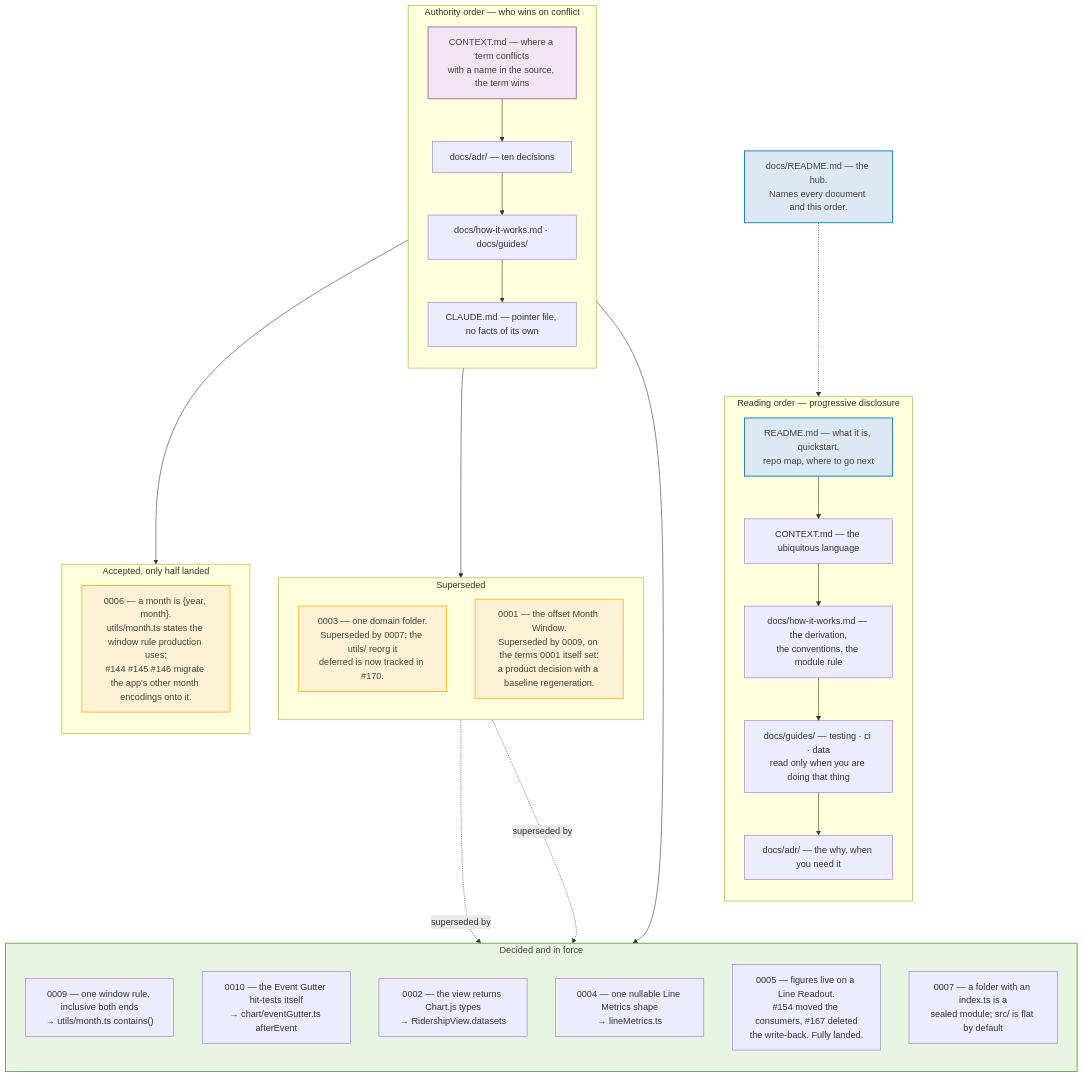
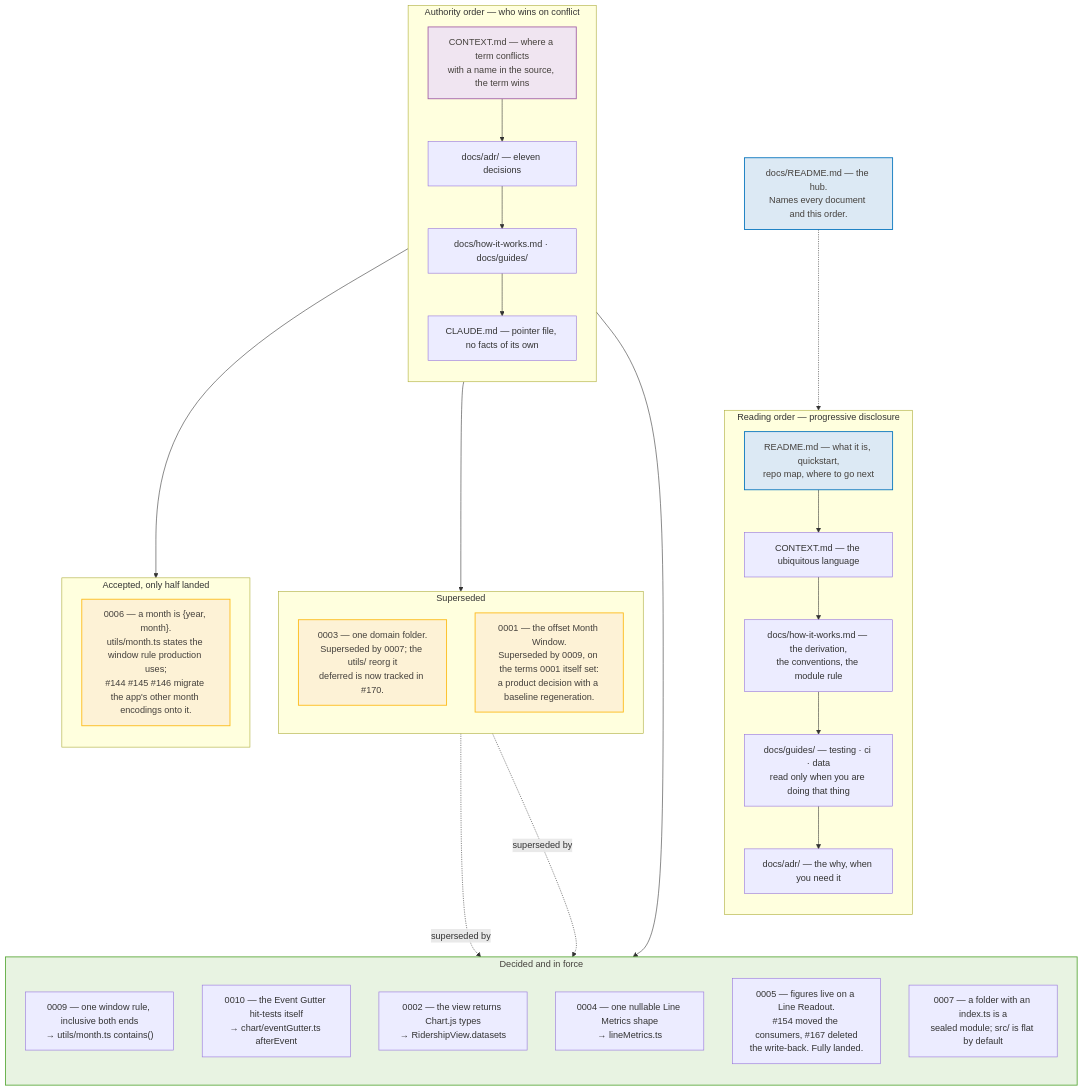
One commit to streetsforall/metro_ridership_app changed the diagram in docs/architecture/mermaid/21-docs-adr-map.mmd. Above: the diagram before and after it, drawn with Mermaid. The commit also changed 4 other files, not shown here.

```diff
--- a/docs/architecture/mermaid/21-docs-adr-map.mmd
+++ b/docs/architecture/mermaid/21-docs-adr-map.mmd
@@ -1,60 +1,60 @@
 flowchart TB
   subgraph reading["Reading order — progressive disclosure"]
     direction TB
     r0["README.md — what it is, quickstart,<br/>repo map, where to go next"]
     r1["CONTEXT.md — the ubiquitous language"]
     r2["docs/how-it-works.md — the derivation,<br/>the conventions, the module rule"]
     r3["docs/guides/ — testing · ci · data<br/>read only when you are doing that thing"]
     r4["docs/adr/ — the why, when you need it"]
     r0 --> r1 --> r2 --> r3 --> r4
   end
 
   hub["docs/README.md — the hub.<br/>Names every document and this order."]
   hub -.-> reading
 
   subgraph authority["Authority order — who wins on conflict"]
     direction TB
     ctx["CONTEXT.md — where a term conflicts<br/>with a name in the source, the term wins"]
-    adrs["docs/adr/ — ten decisions"]
+    adrs["docs/adr/ — eleven decisions"]
     prose["docs/how-it-works.md · docs/guides/"]
     pointer["CLAUDE.md — pointer file, no facts of its own"]
     ctx --> adrs --> prose --> pointer
   end
 
   subgraph landed["Decided and in force"]
     direction TB
     a9["0009 — one window rule, inclusive both ends<br/>→ utils/month.ts contains()"]
     a10["0010 — the Event Gutter hit-tests itself<br/>→ chart/eventGutter.ts afterEvent"]
     a2["0002 — the view returns Chart.js types<br/>→ RidershipView.datasets"]
     a4["0004 — one nullable Line Metrics shape<br/>→ lineMetrics.ts"]
     a5["0005 — figures live on a Line Readout.<br/>#154 moved the consumers, #167 deleted<br/>the write-back. Fully landed."]
     a7["0007 — a folder with an index.ts is a<br/>sealed module; src/ is flat by default"]
   end
 
   subgraph half["Accepted, only half landed"]
     direction TB
     a6["0006 — a month is {year, month}.<br/>utils/month.ts states the window rule production uses;<br/>#144 #145 #146 migrate the app's other month encodings onto it."]
   end
 
   subgraph superseded["Superseded"]
     direction TB
     a3["0003 — one domain folder.<br/>Superseded by 0007; the utils/ reorg it<br/>deferred is now tracked in #170."]
     a1["0001 — the offset Month Window.<br/>Superseded by 0009, on the terms 0001 itself set:<br/>a product decision with a baseline regeneration."]
   end
 
   adrs --> landed
   adrs --> half
   adrs --> superseded
   a3 -.->|superseded by| a7
   a1 -.->|superseded by| a9
 
   classDef authorityC fill:#f0e5f1,stroke:#a05da5,stroke-width:1.5px,color:#44403c
   classDef pending fill:#fdf2d6,stroke:#fdb913,stroke-width:1.5px,color:#44403c
   classDef surface fill:#e8f3e2,stroke:#58a738,stroke-width:1.5px,color:#44403c
   classDef entry fill:#dce9f4,stroke:#0072bc,stroke-width:1.5px,color:#44403c
   class ctx authorityC
   class a6 pending
   class a3 pending
   class a1 pending
   class landed surface
   class hub,r0 entry
```
